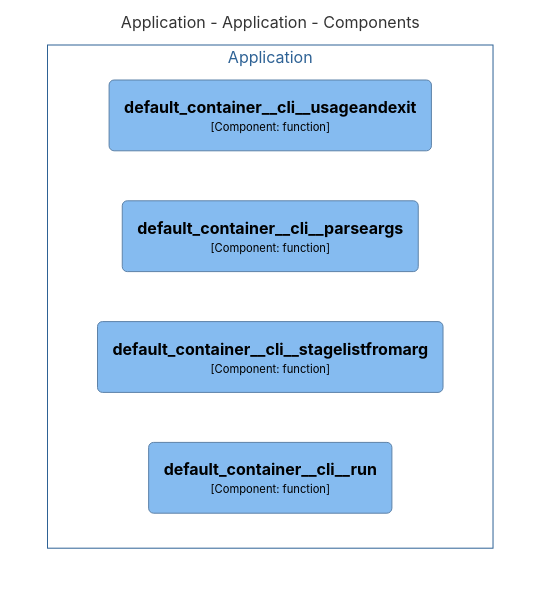
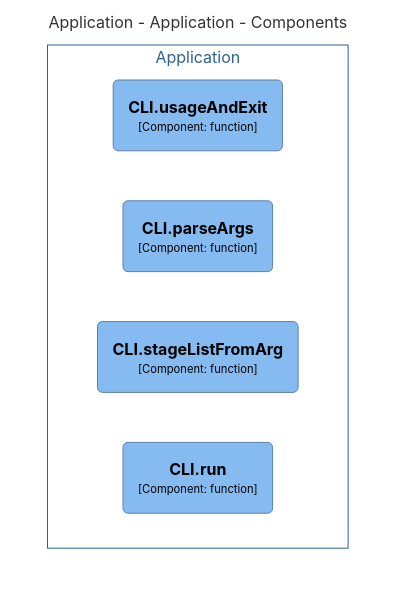
The diagram in docs/architecture/diagrams/mermaid/structurizr-Classes_default_container__cli.mmd (chrislyons-dev/archlette), drawn with Mermaid before and after one commit. The commit also changed 43 other files, not shown here.

```diff
--- a/docs/architecture/diagrams/mermaid/structurizr-Classes_default_container__cli.mmd
+++ b/docs/architecture/diagrams/mermaid/structurizr-Classes_default_container__cli.mmd
@@ -1,20 +1,20 @@
 graph TB
   linkStyle default fill:#ffffff
 
   subgraph diagram ["Application - Application - Components"]
     style diagram fill:#ffffff,stroke:#ffffff
 
     subgraph 8 ["Application"]
       style 8 fill:#ffffff,stroke:#2e6295,color:#2e6295
 
-      20("<div style='font-weight: bold'>default_container__cli__usageandexit</div><div style='font-size: 70%; margin-top: 0px'>[Component: function]</div>")
+      20("<div style='font-weight: bold'>CLI.usageAndExit</div><div style='font-size: 70%; margin-top: 0px'>[Component: function]</div>")
       style 20 fill:#85bbf0,stroke:#5d82a8,color:#000000
-      21("<div style='font-weight: bold'>default_container__cli__parseargs</div><div style='font-size: 70%; margin-top: 0px'>[Component: function]</div>")
+      21("<div style='font-weight: bold'>CLI.parseArgs</div><div style='font-size: 70%; margin-top: 0px'>[Component: function]</div>")
       style 21 fill:#85bbf0,stroke:#5d82a8,color:#000000
-      22("<div style='font-weight: bold'>default_container__cli__stagelistfromarg</div><div style='font-size: 70%; margin-top: 0px'>[Component: function]</div>")
+      22("<div style='font-weight: bold'>CLI.stageListFromArg</div><div style='font-size: 70%; margin-top: 0px'>[Component: function]</div>")
       style 22 fill:#85bbf0,stroke:#5d82a8,color:#000000
-      23("<div style='font-weight: bold'>default_container__cli__run</div><div style='font-size: 70%; margin-top: 0px'>[Component: function]</div>")
+      23("<div style='font-weight: bold'>CLI.run</div><div style='font-size: 70%; margin-top: 0px'>[Component: function]</div>")
       style 23 fill:#85bbf0,stroke:#5d82a8,color:#000000
     end
 
   end
```
